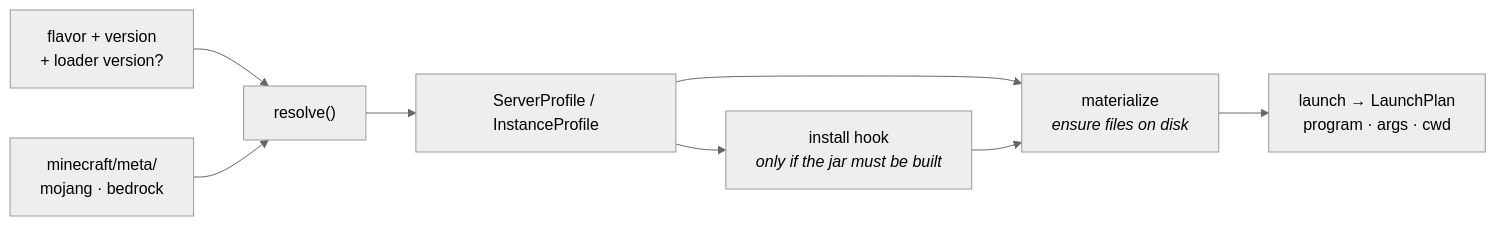
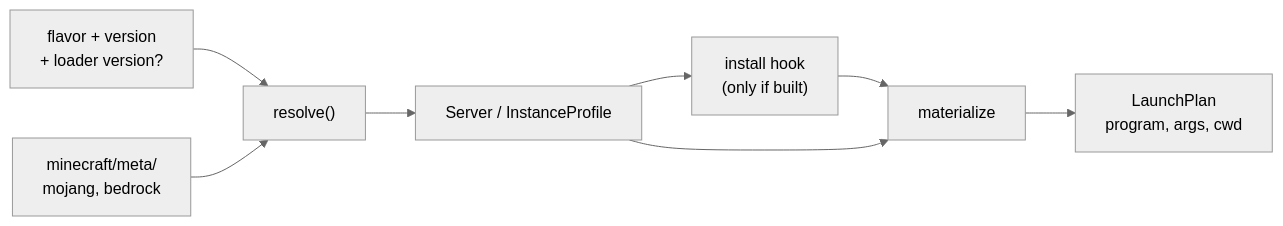
Before and after one commit to prytaneum/hestia: the diagram in docs/architecture/minecraft.md, drawn with Mermaid (neutral theme). The commit also changed other lines of this file and 11 other files, not shown here.

Commit message:
docs(architecture): describe the current system only

````diff
--- a/docs/architecture/minecraft.md
+++ b/docs/architecture/minecraft.md
@@ -107,10 +77,8 @@
 ```mermaid
 flowchart LR
     REQ["flavor + version<br/>+ loader version?"] --> RES["resolve()"]
-    META["minecraft/meta/<br/>mojang · bedrock"] --> RES
-    RES --> PROF["ServerProfile / InstanceProfile"]
-    PROF --> INST["install hook<br/><i>only if the jar must be built</i>"]
-    PROF --> MAT["materialize<br/><i>ensure files on disk</i>"]
-    INST --> MAT
-    MAT --> PLAN["launch → LaunchPlan<br/>program · args · cwd"]
+    META["minecraft/meta/<br/>mojang, bedrock"] --> RES
+    RES --> PROF["Server / InstanceProfile"]
+    PROF --> INST["install hook<br/>(only if built)"] --> MAT
+    PROF --> MAT["materialize"] --> PLAN["LaunchPlan<br/>program, args, cwd"]
 ```
````
